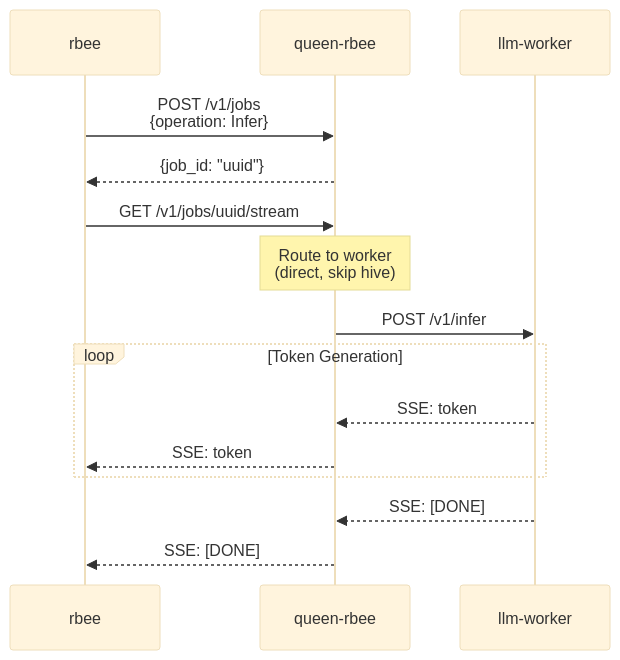
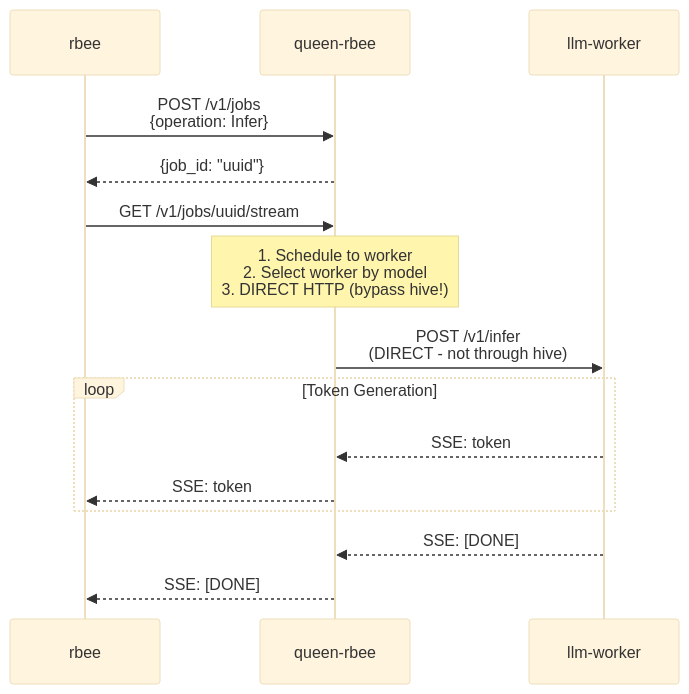
Before and after one commit to veighnsche/llama-orch: the fifth of 5 diagrams in README.md, drawn with Mermaid (base theme). The commit also changed other lines of this file and 1 other file, not shown here.

Commit message:
docs: simplify architecture from 4 to 3 core binaries and update SSH-based deployment flow

````diff
--- a/README.md
+++ b/README.md
@@ -935,23 +957,23 @@
 ```mermaid
 sequenceDiagram
     participant CLI as rbee
     participant Queen as queen-rbee
     participant Worker as llm-worker
     
     CLI->>Queen: POST /v1/jobs<br/>{operation: Infer}
     Queen-->>CLI: {job_id: "uuid"}
     
     CLI->>Queen: GET /v1/jobs/uuid/stream
     
-    Note over Queen: Route to worker<br/>(direct, skip hive)
+    Note over Queen: 1. Schedule to worker<br/>2. Select worker by model<br/>3. DIRECT HTTP (bypass hive!)
     
-    Queen->>Worker: POST /v1/infer
+    Queen->>Worker: POST /v1/infer<br/>(DIRECT - not through hive)
     
     loop Token Generation
         Worker-->>Queen: SSE: token
         Queen-->>CLI: SSE: token
     end
     
     Worker-->>Queen: SSE: [DONE]
     Queen-->>CLI: SSE: [DONE]
 ```
````
